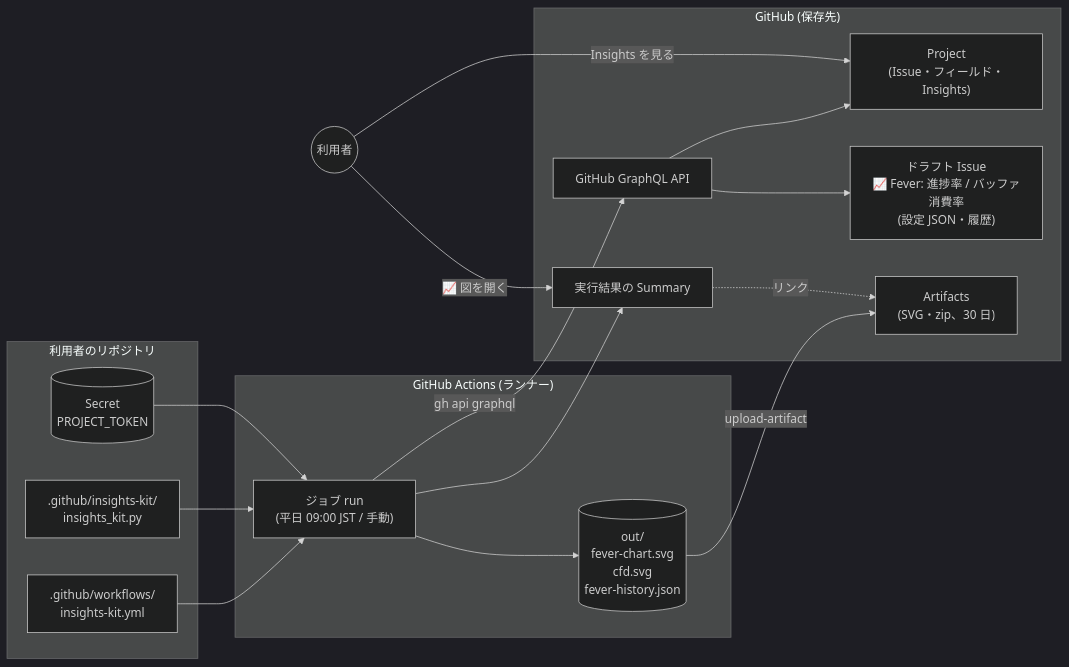
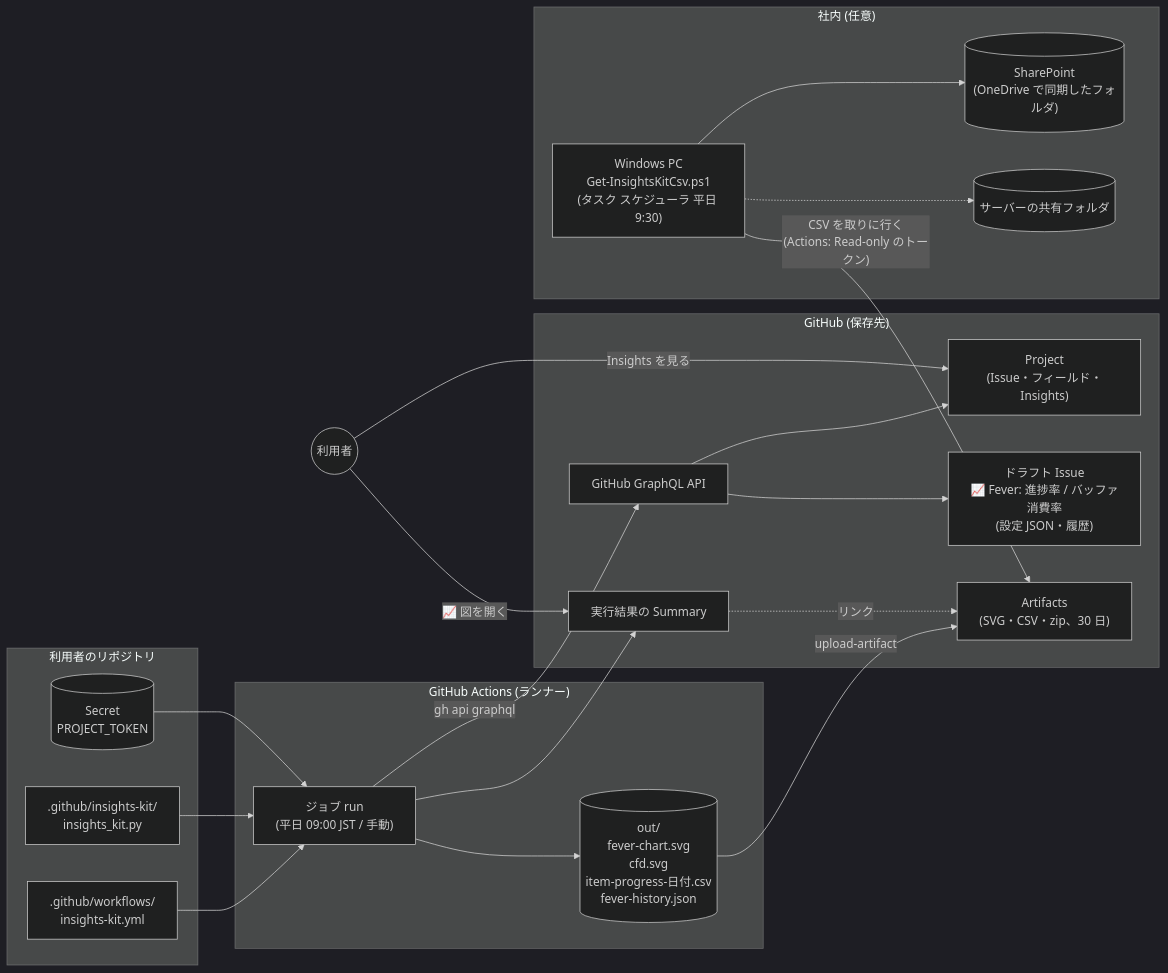
One commit to aztechaz357/projects-insights-kit changed the first of 12 diagrams in docs/design.md. Above: the diagram before and after it, drawn with Mermaid (dark theme). The commit also changed other lines of this file and 7 other files, not shown here.

First line of the commit message:
Save item progress as CSV and add a download script for SharePoint

````diff
--- a/docs/design.md
+++ b/docs/design.md
@@ -40,36 +41,45 @@
 ```mermaid
 flowchart LR
     subgraph Repo["利用者のリポジトリ"]
         WF[".github/workflows/<br/>insights-kit.yml"]
         KIT[".github/insights-kit/<br/>insights_kit.py"]
         SEC[("Secret<br/>PROJECT_TOKEN")]
     end
 
     subgraph Actions["GitHub Actions (ランナー)"]
         JOB["ジョブ run<br/>(平日 09:00 JST / 手動)"]
-        OUT[("out/<br/>fever-chart.svg<br/>cfd.svg<br/>fever-history.json")]
+        OUT[("out/<br/>fever-chart.svg<br/>cfd.svg<br/>item-progress-日付.csv<br/>fever-history.json")]
     end
 
     subgraph GitHub["GitHub (保存先)"]
         API["GitHub GraphQL API"]
         PRJ["Project<br/>(Issue・フィールド・Insights)"]
         DRAFT["ドラフト Issue<br/>📈 Fever: 進捗率 / バッファ消費率<br/>(設定 JSON・履歴)"]
-        ART["Artifacts<br/>(SVG・zip、30 日)"]
+        ART["Artifacts<br/>(SVG・CSV・zip、30 日)"]
         SUM["実行結果の Summary"]
     end
 
     USER(("利用者"))
+
+    subgraph Company["社内 (任意)"]
+        PC["Windows PC<br/>Get-InsightsKitCsv.ps1<br/>(タスク スケジューラ 平日 9:30)"]
+        SP[("SharePoint<br/>(OneDrive で同期したフォルダ)")]
+        FS[("サーバーの共有フォルダ")]
+    end
 
     WF --> JOB
     KIT --> JOB
     SEC --> JOB
     JOB -- "gh api graphql" --> API
     API --> PRJ
     API --> DRAFT
     JOB --> OUT
     OUT -- "upload-artifact" --> ART
     JOB --> SUM
     USER -- "Insights を見る" --> PRJ
     USER -- "📈 図を開く" --> SUM
     SUM -. リンク .-> ART
+    PC -- "CSV を取りに行く<br/>(Actions: Read-only のトークン)" --> ART
+    PC --> SP
+    PC -.-> FS
 ```
````
